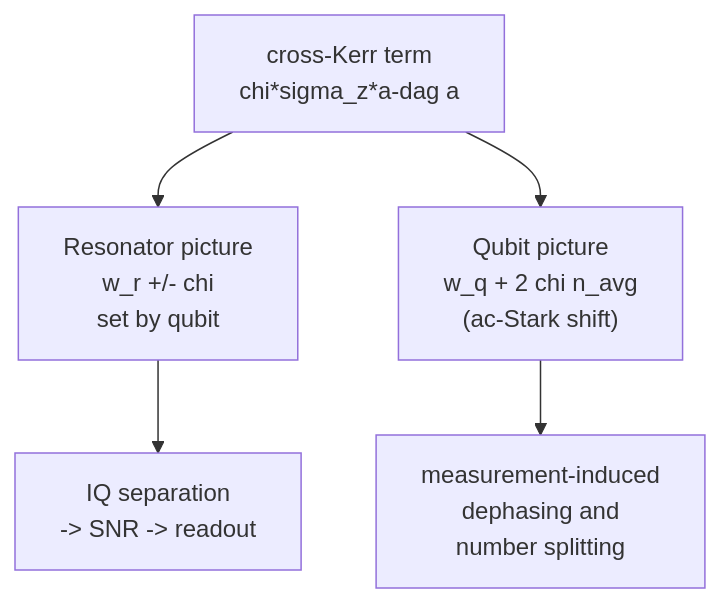
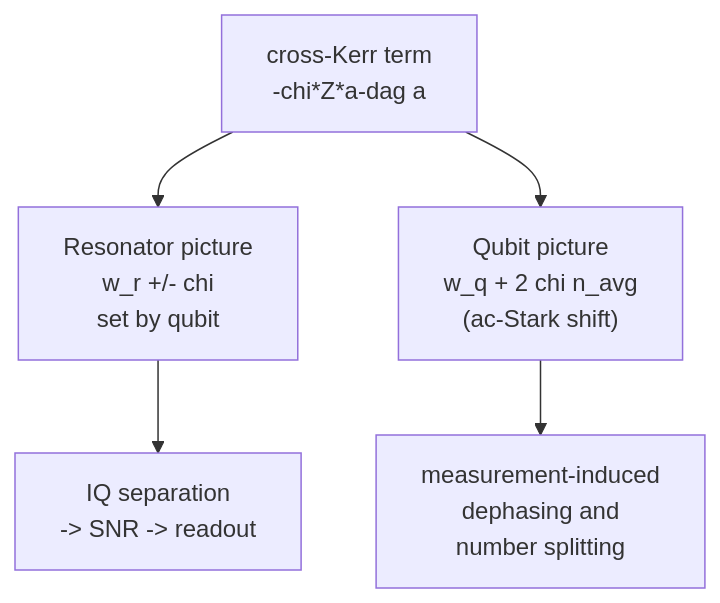
One commit to Iamsohungrynow/superconducting-qubits-journey changed the first of 2 diagrams in tutorial/06-readout.md. Above: the diagram before and after it, drawn with Mermaid. The commit also changed other lines of this file and 17 other files, not shown here.

````diff
--- a/tutorial/06-readout.md
+++ b/tutorial/06-readout.md
@@ -53,8 +53,8 @@
 ```mermaid
 flowchart TD
-    H["cross-Kerr term<br/>chi*sigma_z*a-dag a"]
+    H["cross-Kerr term<br/>-chi*Z*a-dag a"]
     H --> A["Resonator picture<br/>w_r +/- chi<br/>set by qubit"]
     H --> B["Qubit picture<br/>w_q + 2 chi n_avg<br/>(ac-Stark shift)"]
     A --> C["IQ separation<br/>-> SNR -> readout"]
     B --> D["measurement-induced<br/>dephasing and<br/>number splitting"]
 ```
````
